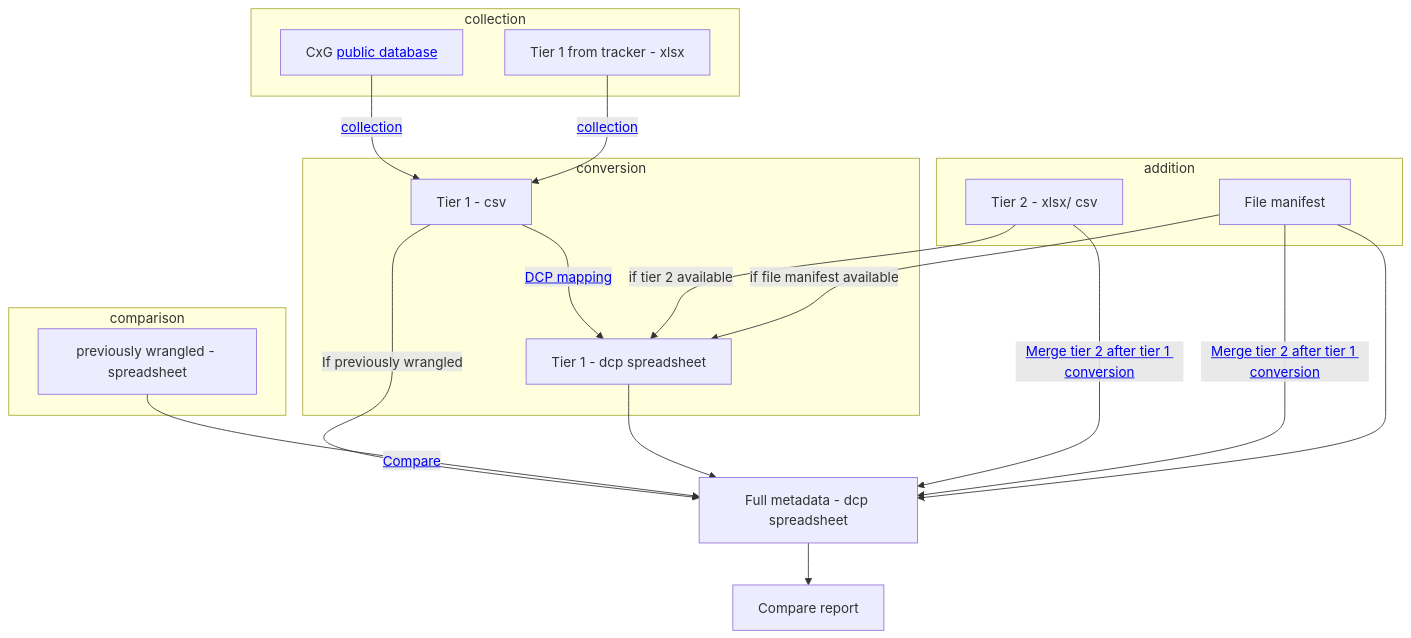
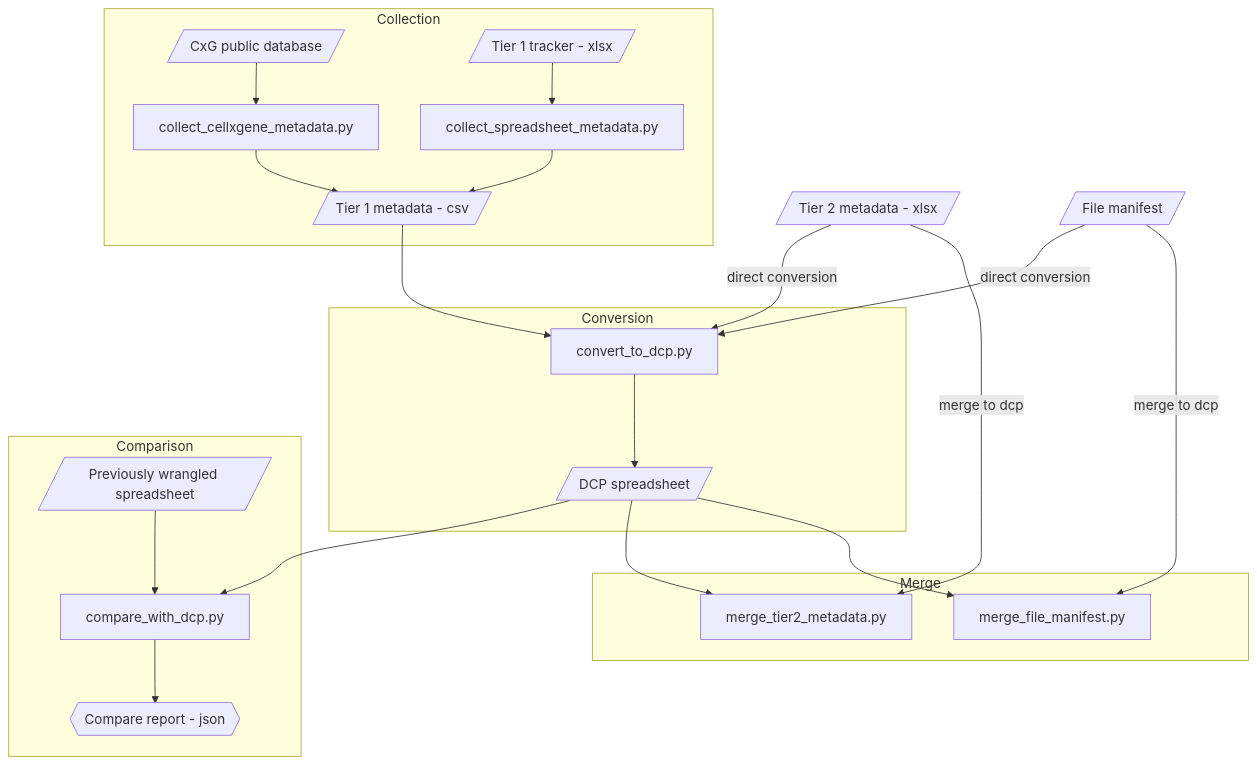
One commit to ebi-ait/hca-tier1-to-dcp changed the diagram in README.md. Above: the diagram before and after it, drawn with Mermaid.

````diff
--- a/README.md
+++ b/README.md
@@ -5,41 +5,57 @@
 ```mermaid
 flowchart TD
-    A[CxG <a href='https://cellxgene.cziscience.com/collections'> public database</a>]
-    B[Tier 1 from tracker - xlsx]
-    C[Tier 1 - csv]
-    D[Tier 1 - dcp spreadsheet]
-    E[previously wrangled - spreadsheet] 
-    F[Tier 2 - xlsx/ csv]
-    G[File manifest]
-    H[Full metadata - dcp spreadsheet]
-    I[Compare report]
+    %% Nodes: files (parallelograms), scripts (rectangles), outputs (hexagons)
+
+    %% Data sources
+    A[/CxG public database/]
+    B[/Tier 1 tracker - xlsx/]
+    C[/Tier 1 metadata - csv/]
+    D[/DCP spreadsheet/]
+    E[/Previously wrangled spreadsheet/]
+    F[/Tier 2 metadata - xlsx/]
+    G[/File manifest/]
+    H{{Compare report - json}}
+
+    %% Scripts
+    S1[collect_cellxgene_metadata.py]
+    S2[collect_spreadsheet_metadata.py]
+    S3[convert_to_dcp.py]
+    S4[compare_with_dcp.py]
+    S5[merge_tier2_metadata.py]
+    S6[merge_file_manifest.py]
+
+    %% Flows
+    A --> S1 --> C
+    B --> S2 --> C
+    C --> S3 --> D
+    F -->|direct conversion| S3
+    G -->|direct conversion| S3
+    E --> S4 --> H
+    D --> S4
+    F -->|merge to dcp| S5
+    G -->|merge to dcp| S6
+    D --> S5
+    D --> S6
     
-    A --> |<a href='https://github.com/ebi-ait/hca-tier1-to-dcp/blob/main/collect_cellxgene_metadata.py'>collection</a>| C
-    B --> |<a href='https://github.com/ebi-ait/hca-tier1-to-dcp/blob/main/collect_spreadsheet_metadata.py'>collection</a>| C
-    C --> |<a href='https://github.com/ebi-ait/hca-tier1-to-dcp/blob/main/convert_to_dcp.py'>DCP mapping</a>| D
-    F --> |if tier 2 available| D
-    G --> |if file manifest available| D
-    C --> |If previously wrangled| H
-    E --> |<a href='https://github.com/ebi-ait/hca-tier1-to-dcp/blob/main/compare_with_dcp.py'>Compare</a>| H
-    H --> I
-    D --> H
-    F --> |<a href='https://github.com/ebi-ait/hca-tier1-to-dcp/blob/main/merge_tier2_metadata.py'>Merge tier 2 after tier 1 conversion</a>| H
-    G --> |<a href='https://github.com/ebi-ait/hca-tier1-to-dcp/blob/main/merge_tier2_metadata.py'>Merge tier 2 after tier 1 conversion</a>| H
-    G --> H
-    
-    subgraph collection
-    A
-    B
+    %% Grouping
+    subgraph Collection
+        A
+        B
+        S1
+        S2
+        C
     end
-    subgraph conversion
-    C
-    D
+    subgraph Conversion
+        S3
+        D
     end
-    subgraph comparison
-    E
+    subgraph Comparison
+        E
+        S4
+        H
     end
-    subgraph addition
-    F
-    G
+    subgraph Merge
+    S5
+    S6    
     end
 ```
````
